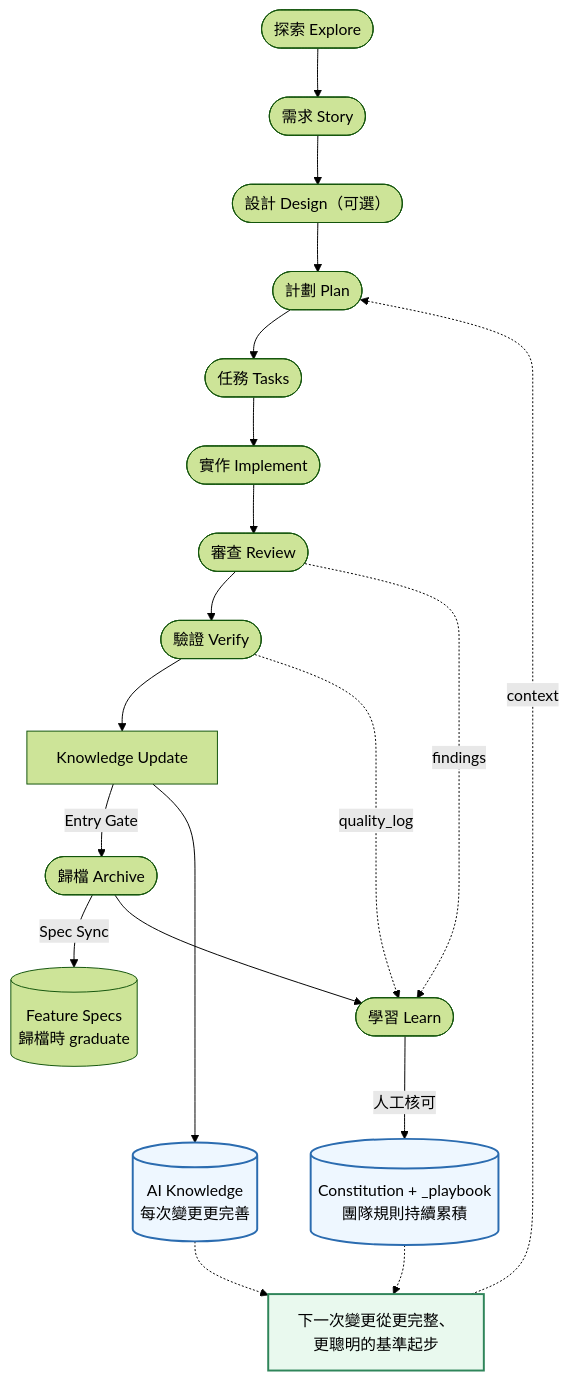
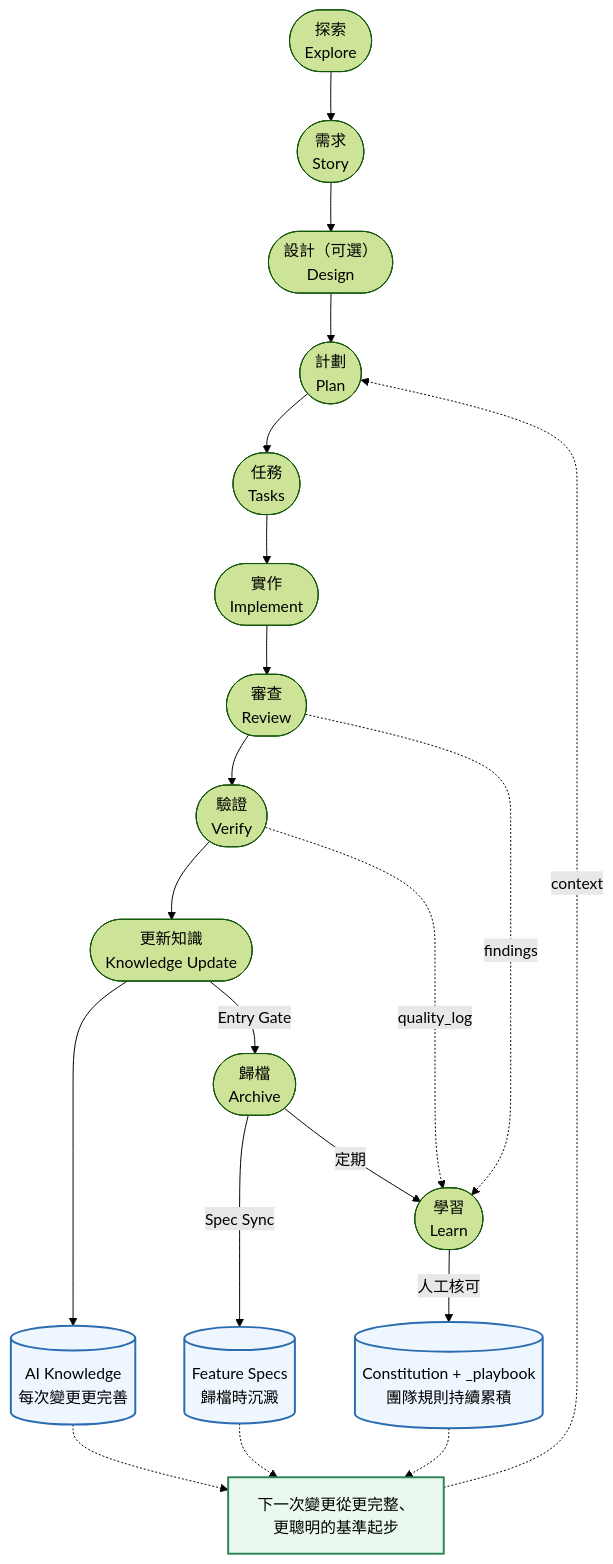
Before and after one commit to benwu95/prospec: the diagram in README.zh-TW.md, drawn with Mermaid (forest theme). The commit also changed other lines of this file and 1 other file, not shown here.

Commit message:
docs(readme): refine SDD workflow diagram and align Learn sources with skills
Diagram:
- Make Knowledge Update a stadium node so all skill nodes share one shape
- Connect Feature Specs to the "next change baseline" gain node and add it
  to the asset class, so all knowledge/spec cylinders match (blue)
- Re-route Archive → Learn as a "periodic" spine continuation and reorder
  the Review/Verify feedback edges so no connectors overlap

Prose:
- Correct the /prospec-learn lesson sources: review findings, the
  cross-stage quality_log, and session corrections — matching the actual
  skill (was narrowed to "Review / Verify" and internally inconsistent)

````diff
--- a/README.zh-TW.md
+++ b/README.zh-TW.md
@@ -248,20 +248,21 @@
 ```mermaid
 flowchart TD
-    E([探索 Explore]) --> S([需求 Story]) --> D(["設計 Design（可選）"]) --> P([計劃 Plan]) --> T([任務 Tasks]) --> I([實作 Implement]) --> R([審查 Review]) --> V([驗證 Verify]) --> KU[Knowledge Update] -- Entry Gate --> A([歸檔 Archive])
+    E([探索<br/>Explore]) --> S([需求<br/>Story]) --> D(["設計（可選）<br/>Design"]) --> P([計劃<br/>Plan]) --> T([任務<br/>Tasks]) --> I([實作<br/>Implement]) --> R([審查<br/>Review]) --> V([驗證<br/>Verify]) --> KU([更新知識<br/>Knowledge Update]) -- Entry Gate --> A([歸檔<br/>Archive]) -- 定期 --> L([學習<br/>Learn])
+
+    V -. quality_log .-> L
+    R -. findings .-> L
+    L -- 人工核可 --> RULES[("Constitution + _playbook<br/>團隊規則持續累積")]
 
     KU --> AK[("AI Knowledge<br/>每次變更更完善")]
-    A -- Spec Sync --> FS[("Feature Specs<br/>歸檔時 graduate")]
-    R -. findings .-> L([學習 Learn])
-    V -. quality_log .-> L
-    A --> L
-    L -- 人工核可 --> RULES[("Constitution + _playbook<br/>團隊規則持續累積")]
+    A -- Spec Sync --> FS[("Feature Specs<br/>歸檔時沉澱")]
 
     AK -.-> NEXT["下一次變更從更完整、<br/>更聰明的基準起步"]
+    FS -.-> NEXT
     RULES -.-> NEXT
     NEXT -. context .-> P
 
     classDef asset fill:#eef7ff,stroke:#2b6cb0,stroke-width:2px;
     classDef gain fill:#e9f9ee,stroke:#2f855a,stroke-width:2px;
-    class AK,RULES asset;
+    class AK,FS,RULES asset;
     class NEXT gain;
 ```
````
